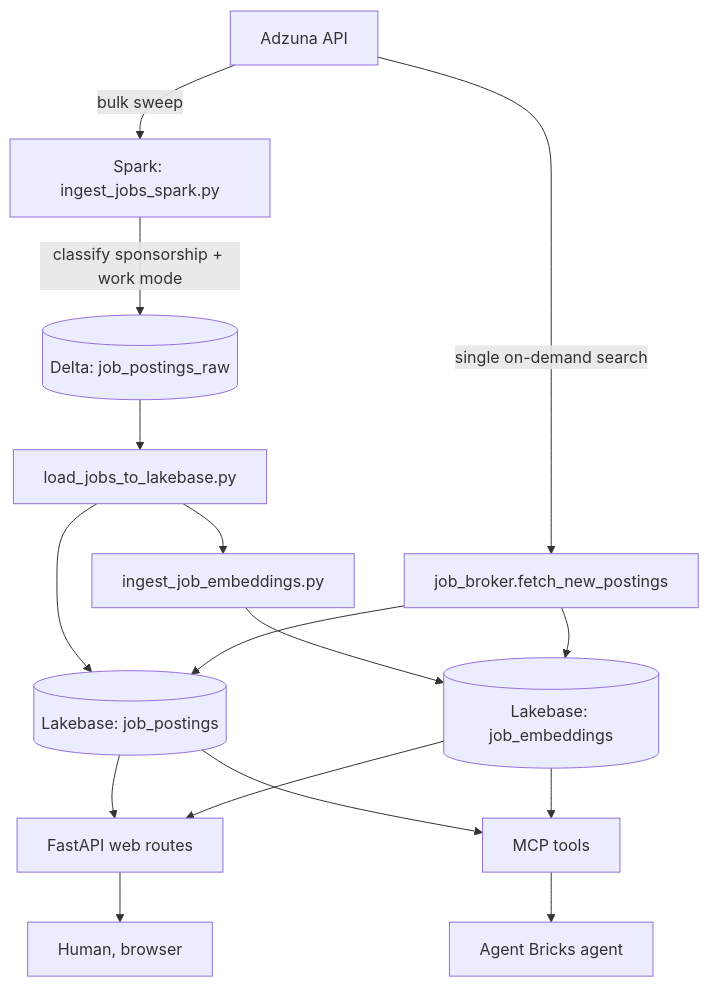
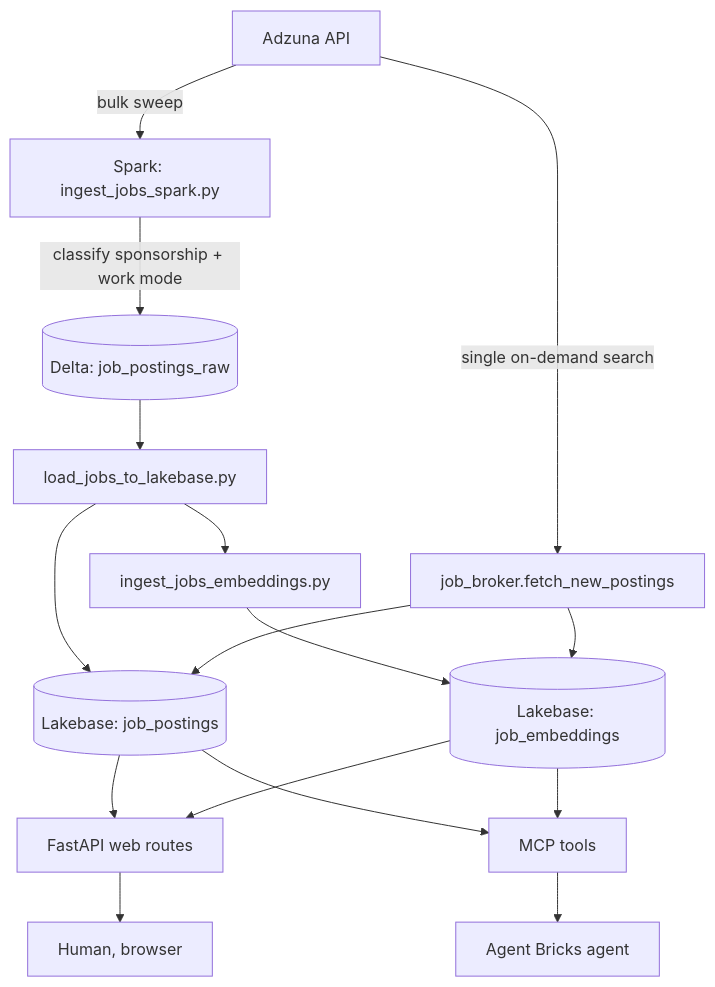
The first of 2 diagrams in ARCHITECTURE.md (Sailesh0910/job-search-copilot), drawn with Mermaid before and after one commit. The commit also changed other lines of this file and 31 other files, not shown here.

````diff
--- a/ARCHITECTURE.md
+++ b/ARCHITECTURE.md
@@ -8,20 +8,20 @@
 ```mermaid
 flowchart TD
     A[Adzuna API] -->|bulk sweep| B[Spark: ingest_jobs_spark.py]
     B -->|classify sponsorship + work mode| C[(Delta: job_postings_raw)]
     C --> D[load_jobs_to_lakebase.py]
     D --> E[(Lakebase: job_postings)]
-    D --> F[ingest_job_embeddings.py]
+    D --> F[ingest_jobs_embeddings.py]
     F --> G[(Lakebase: job_embeddings)]
 
     A -->|single on-demand search| H[job_broker.fetch_new_postings]
     H --> E
     H --> G
 
     E --> I[FastAPI web routes]
     G --> I
     E --> J[MCP tools]
     G --> J
     I --> K[Human, browser]
     J --> L[Agent Bricks agent]
 ```
````
